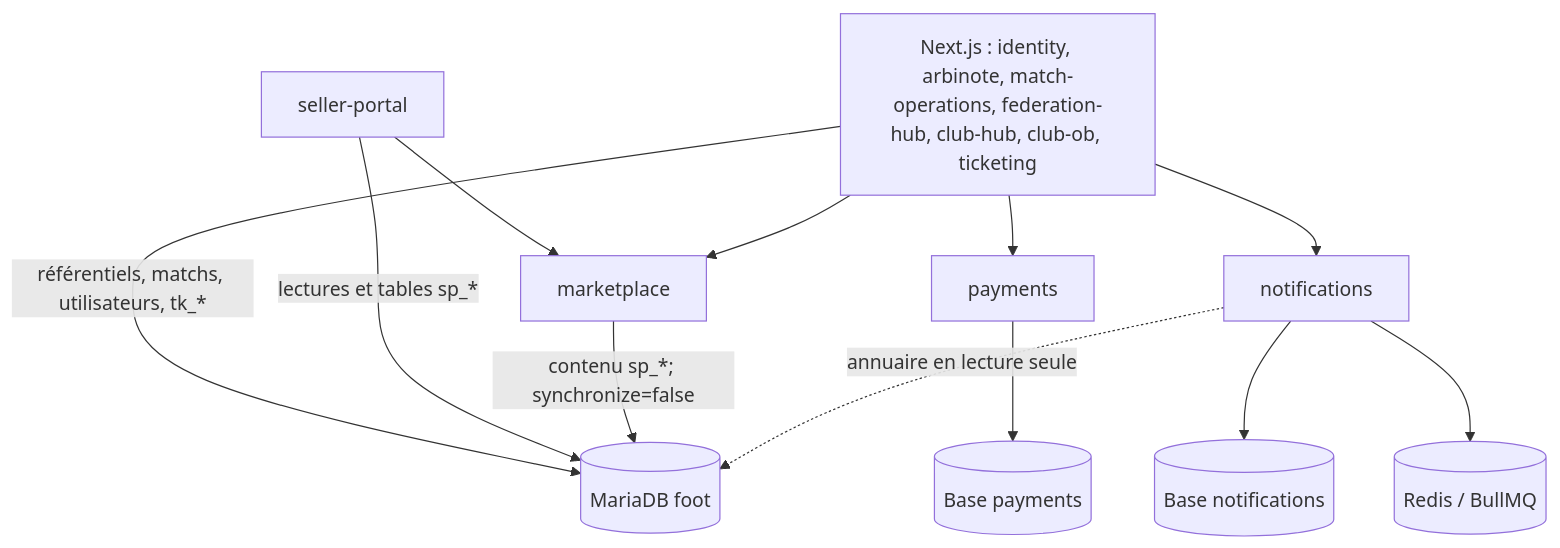
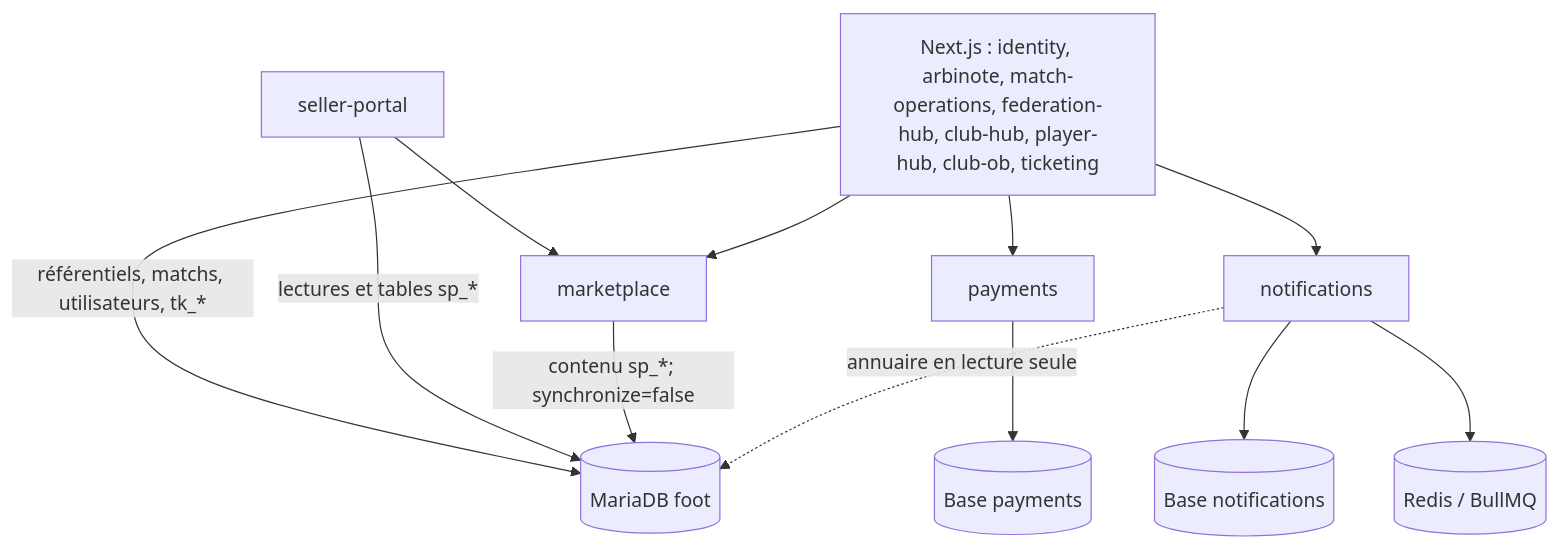
One commit to brahmiamine/foot changed the diagram in README.md. Above: the diagram before and after it, drawn with Mermaid. The commit also changed other lines of this file and 73 other files, not shown here.

First line of the commit message:
Add player-hub: player-facing SSO app on top of club-hub's data

````diff
--- a/README.md
+++ b/README.md
@@ -82,25 +83,25 @@
 ```mermaid
 flowchart TB
   Shared[(MariaDB foot)]
   Payment[(Base payments)]
   Notification[(Base notifications)]
   Redis[(Redis / BullMQ)]
 
-  Next[Next.js : identity, arbinote, match-operations, federation-hub, club-hub, club-ob, ticketing]
+  Next[Next.js : identity, arbinote, match-operations, federation-hub, club-hub, player-hub, club-ob, ticketing]
   Seller[seller-portal]
   Market[marketplace]
   Pay[payments]
   Notify[notifications]
 
   Next -->|référentiels, matchs, utilisateurs, tk_*| Shared
   Seller -->|lectures et tables sp_*| Shared
   Market -->|contenu sp_*; synchronize=false| Shared
   Pay --> Payment
   Notify --> Notification
   Notify --> Redis
   Notify -.->|annuaire en lecture seule| Shared
   Next --> Pay
   Next --> Notify
   Seller --> Market
   Next --> Market
 ```
````
